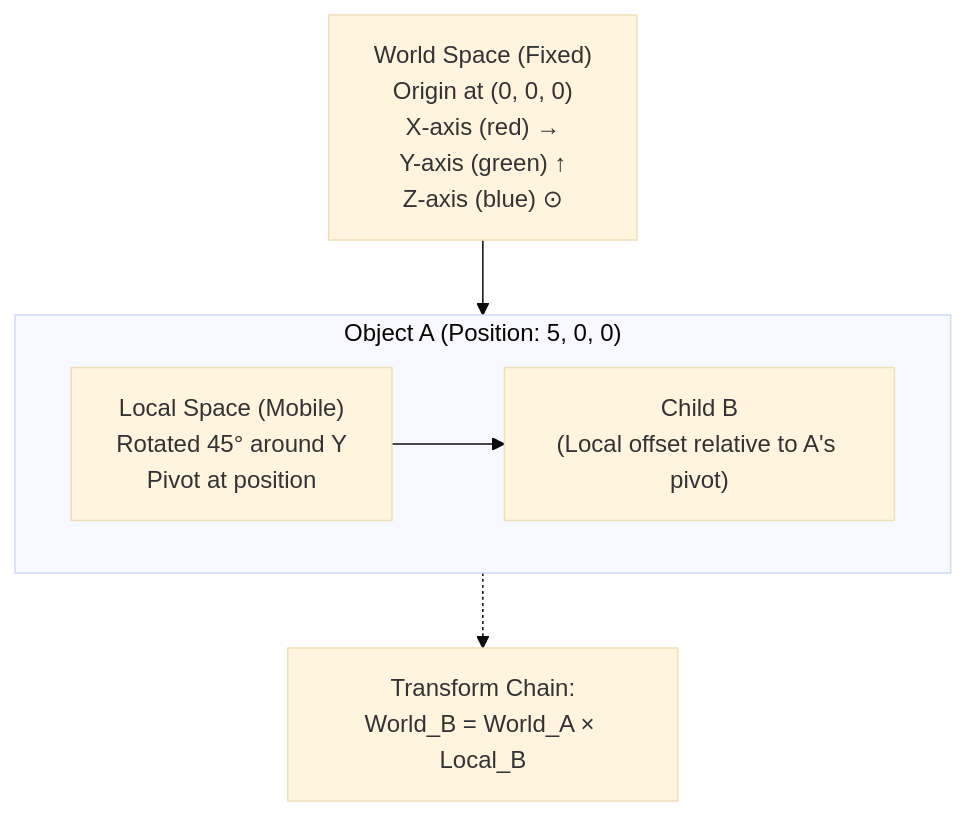
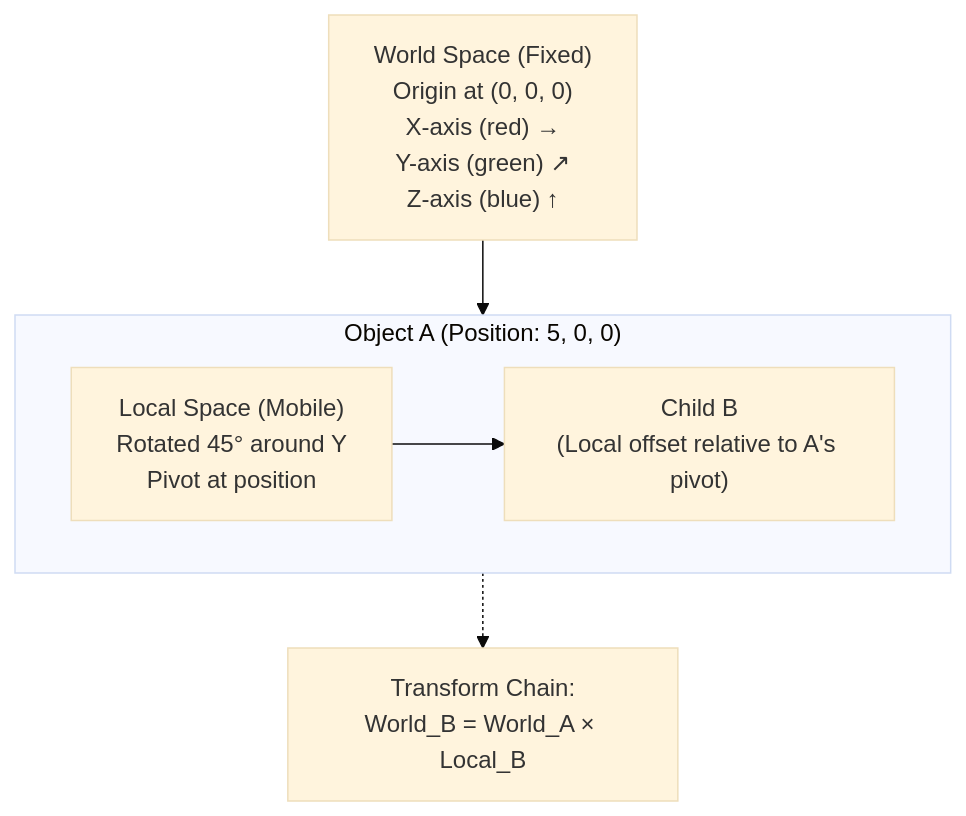
One commit to blebleblee/synapse changed the diagram in topics/arts/3d_graphics/3ds_max/lesson_01_scene_architecture_coordinate_systems.md. Above: the diagram before and after it, drawn with Mermaid (base theme). The commit also changed other lines of this file and 112 other files, not shown here.

````diff
--- a/topics/arts/3d_graphics/3ds_max/lesson_01_scene_architecture_coordinate_systems.md
+++ b/topics/arts/3d_graphics/3ds_max/lesson_01_scene_architecture_coordinate_systems.md
@@ -128,16 +128,16 @@
 ```mermaid
 flowchart TD
-    WS["World Space (Fixed)<br/>Origin at (0, 0, 0)<br/>X-axis (red) →<br/>Y-axis (green) ↑<br/>Z-axis (blue) ⊙"]
+    WS["World Space (Fixed)<br/>Origin at (0, 0, 0)<br/>X-axis (red) →<br/>Y-axis (green) ↗<br/>Z-axis (blue) ↑"]
     
     subgraph ObjA ["Object A (Position: 5, 0, 0)"]
         LS["Local Space (Mobile)<br/>Rotated 45° around Y<br/>Pivot at position"]
         ChildB["Child B<br/>(Local offset relative to A's pivot)"]
         LS --> ChildB
     end
     
     WS --> ObjA
     
     TC["Transform Chain:<br/>World_B = World_A × Local_B"]
     
     ObjA -.-> TC
 ```
````
